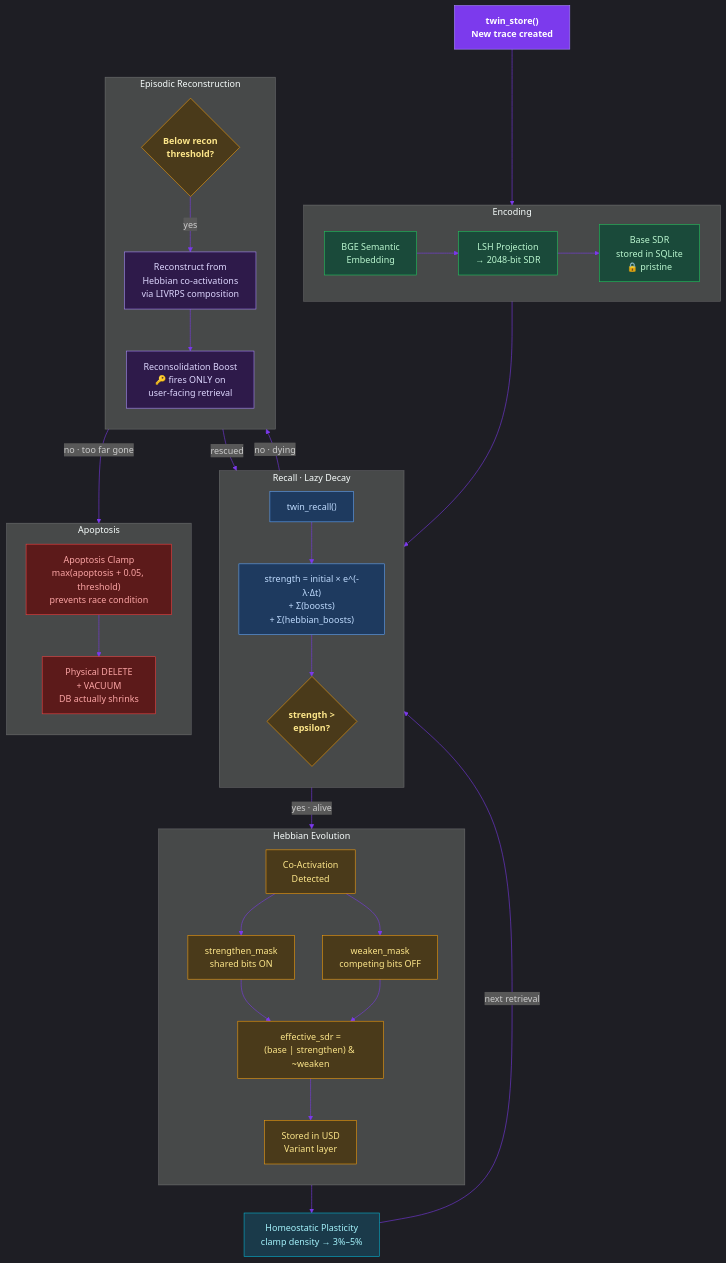
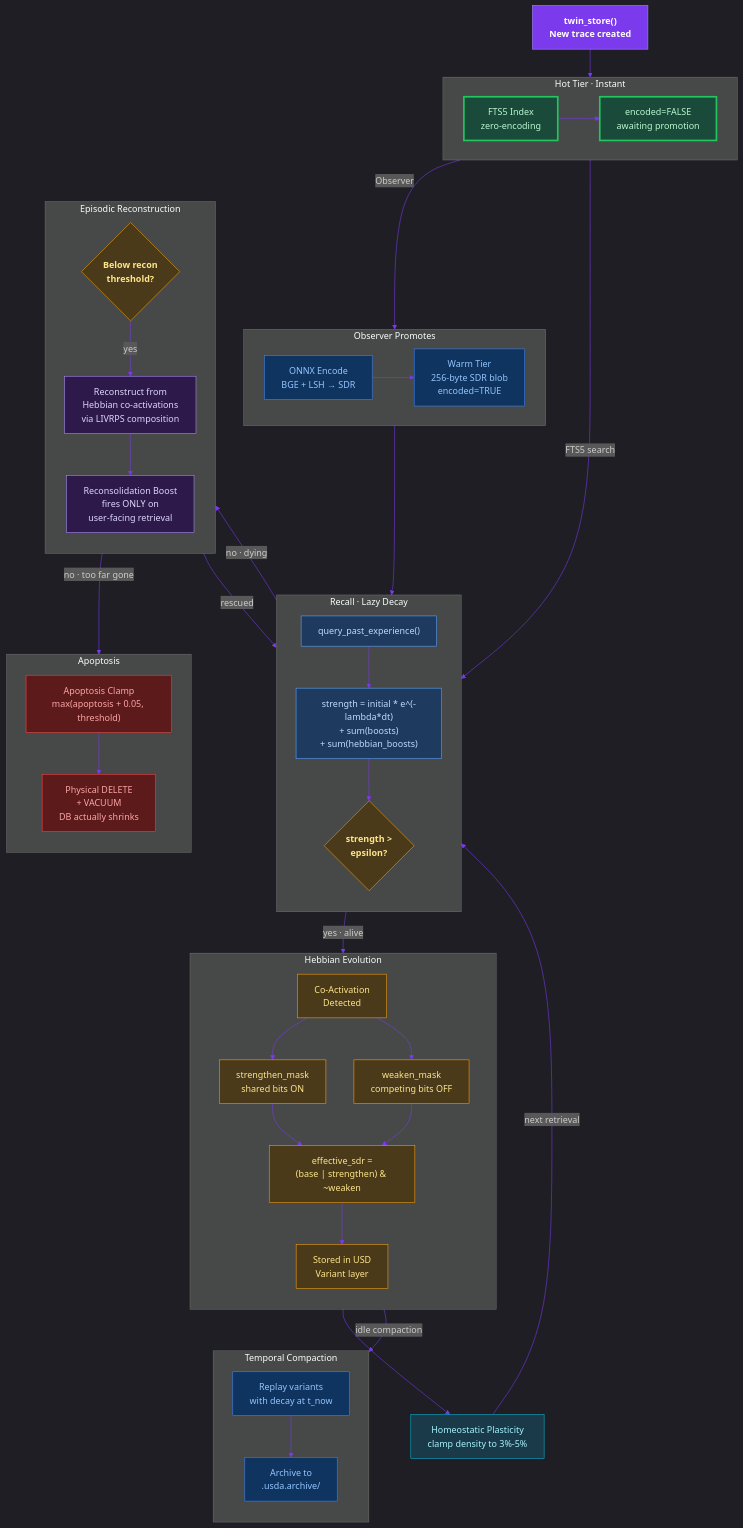
The fourth of 7 diagrams in README.md (JosephOIbrahim/Harlo), drawn with Mermaid before and after one commit. The commit also changed other lines of this file, not shown here.

````diff
--- a/README.md
+++ b/README.md
@@ -346,18 +331,24 @@
 graph TB
     STORE["twin_store()\nNew trace created"]:::input
 
-    subgraph ENCODING["Encoding"]
+    subgraph HOT_STORE["Hot Tier · Instant"]
         direction LR
-        BGE["BGE Semantic\nEmbedding"]:::encode
-        LSH["LSH Projection\n→ 2048-bit SDR"]:::encode
-        SQLITE["Base SDR\nstored in SQLite\n🔒 pristine"]:::encode
-        BGE --> LSH --> SQLITE
+        FTS["FTS5 Index\nzero-encoding"]:::hot
+        PENDING["encoded=FALSE\nawaiting promotion"]:::hot
+        FTS --> PENDING
+    end
+
+    subgraph PROMOTION["Observer Promotes"]
+        direction LR
+        ONNX_P["ONNX Encode\nBGE + LSH → SDR"]:::promote
+        WARM_S["Warm Tier\n256-byte SDR blob\nencoded=TRUE"]:::promote
+        ONNX_P --> WARM_S
     end
 
     subgraph RECALL_PHASE["Recall · Lazy Decay"]
         direction TB
-        QUERY["twin_recall()"]:::recall
-        COMPUTE["strength = initial × e^(-λ·Δt)\n+ Σ(boosts)\n+ Σ(hebbian_boosts)"]:::recall
+        QUERY["query_past_experience()"]:::recall
+        COMPUTE["strength = initial * e^(-lambda*dt)\n+ sum(boosts)\n+ sum(hebbian_boosts)"]:::recall
         THRESHOLD{"strength >\nepsilon?"}:::decision
         QUERY --> COMPUTE --> THRESHOLD
     end
@@ -380,34 +371,46 @@
         direction TB
         DEGRADE{"Below recon\nthreshold?"}:::decision
         REBUILD["Reconstruct from\nHebbian co-activations\nvia LIVRPS composition"]:::recon
-        BOOST["Reconsolidation Boost\n🔑 fires ONLY on\nuser-facing retrieval"]:::recon
+        BOOST["Reconsolidation Boost\nfires ONLY on\nuser-facing retrieval"]:::recon
         DEGRADE -->|"yes"| REBUILD --> BOOST
+    end
+
+    subgraph COMPACTION["Temporal Compaction"]
+        direction TB
+        REPLAY["Replay variants\nwith decay at t_now"]:::compact
+        ARCHIVE["Archive to\n.usda.archive/"]:::compact
+        REPLAY --> ARCHIVE
     end
 
     subgraph DEATH["Apoptosis"]
         direction TB
-        CLAMP["Apoptosis Clamp\nmax(apoptosis + 0.05, threshold)\nprevents race condition"]:::death
+        CLAMP["Apoptosis Clamp\nmax(apoptosis + 0.05, threshold)"]:::death
         DELETE["Physical DELETE\n+ VACUUM\nDB actually shrinks"]:::death
         CLAMP --> DELETE
     end
 
-    HOMEO["Homeostatic Plasticity\nclamp density → 3%–5%"]:::homeo
+    HOMEO["Homeostatic Plasticity\nclamp density to 3%-5%"]:::homeo
 
-    STORE --> ENCODING
-    ENCODING --> RECALL_PHASE
+    STORE --> HOT_STORE
+    PENDING -->|"Observer"| PROMOTION
+    PROMOTION --> RECALL_PHASE
+    HOT_STORE -->|"FTS5 search"| RECALL_PHASE
     THRESHOLD -->|"yes · alive"| HEBBIAN_PHASE
     THRESHOLD -->|"no · dying"| RECON
     DEGRADE -->|"no · too far gone"| DEATH
     BOOST -->|"rescued"| RECALL_PHASE
     HEBBIAN_PHASE --> HOMEO
     HOMEO -->|"next retrieval"| RECALL_PHASE
+    VARIANT -->|"idle compaction"| COMPACTION
 
     classDef input fill:#7c3aed,stroke:#a78bfa,color:#fff,font-weight:bold
-    classDef encode fill:#1a4a3a,stroke:#22c55e,color:#bbf7d0
+    classDef hot fill:#1a4a3a,stroke:#22c55e,color:#bbf7d0,stroke-width:3px
+    classDef promote fill:#0f3460,stroke:#3b82f6,color:#93c5fd
     classDef recall fill:#1e3a5f,stroke:#60a5fa,color:#bfdbfe
     classDef decision fill:#4a3a1a,stroke:#f59e0b,color:#fde68a,font-weight:bold
     classDef hebbian fill:#4a3a1a,stroke:#f59e0b,color:#fde68a
     classDef recon fill:#2e1a4a,stroke:#a78bfa,color:#ddd6fe
+    classDef compact fill:#0f3460,stroke:#3b82f6,color:#93c5fd
     classDef death fill:#5c1a1a,stroke:#ef4444,color:#fca5a5
     classDef homeo fill:#1a3a4a,stroke:#06b6d4,color:#a5f3fc
 ```
````
